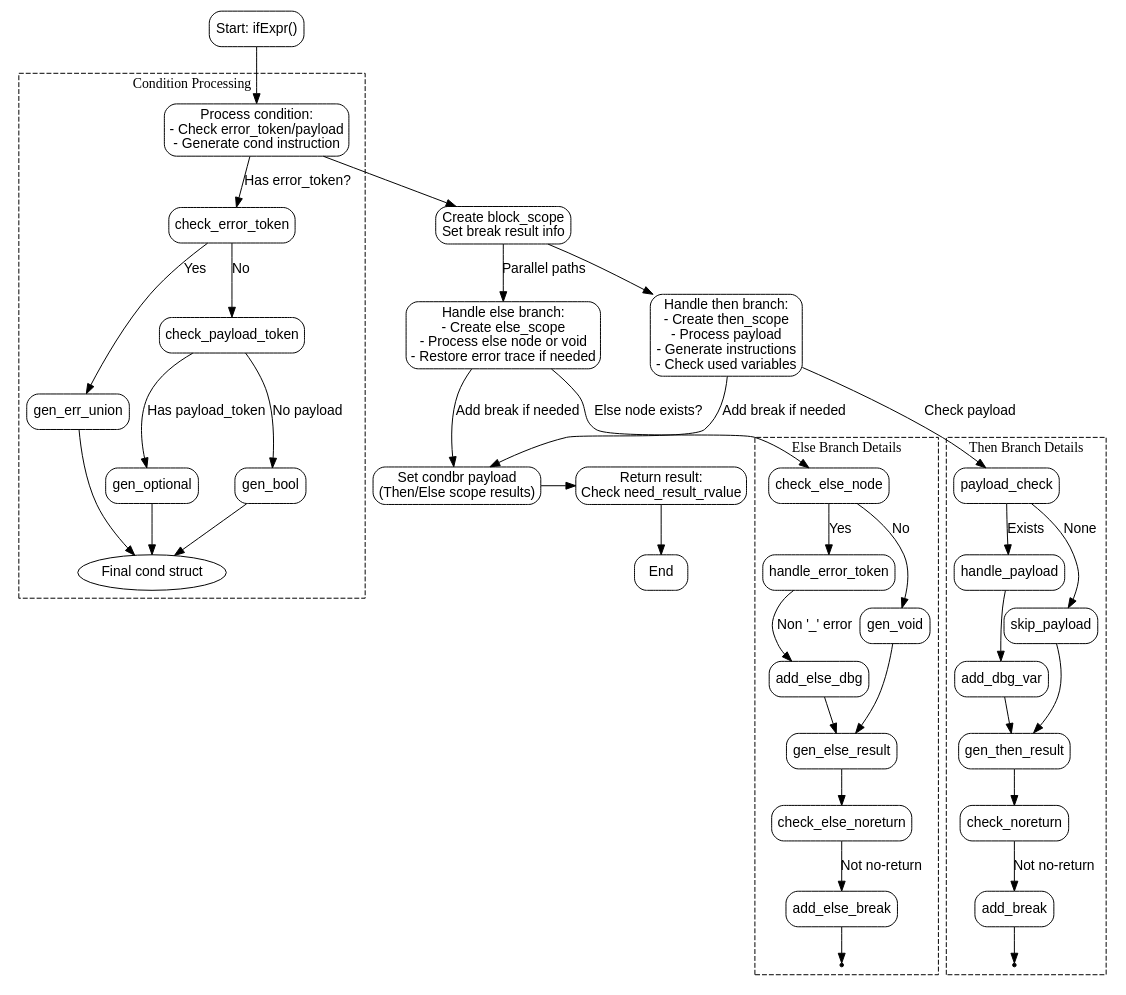
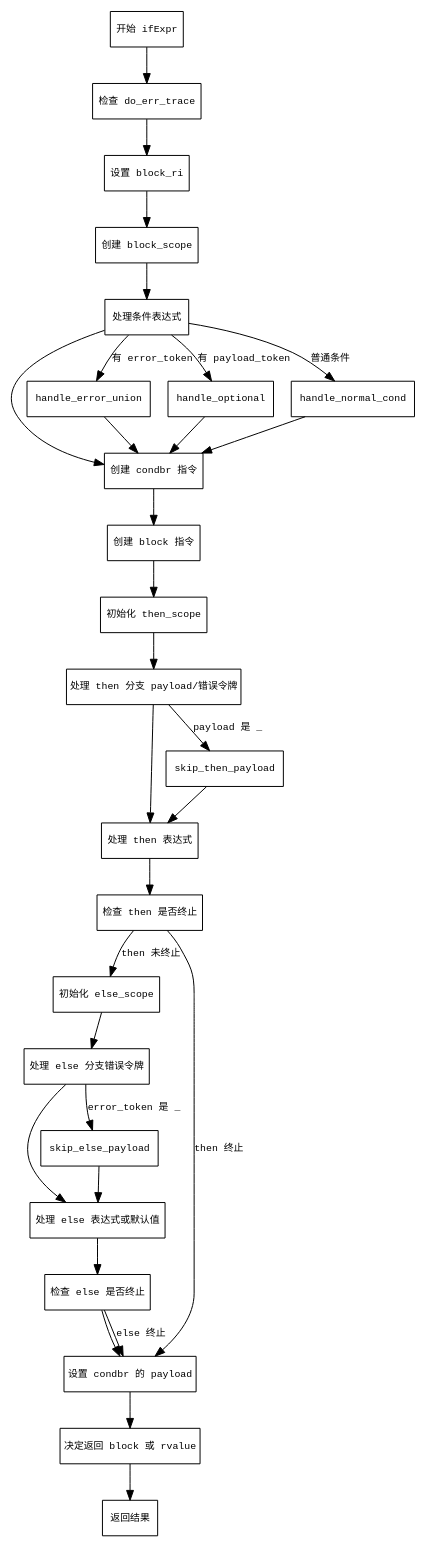
One commit to sdzx-1/deepseek-zig-reader changed the diagram in dot_std/zig/AstGen.zig.ifExpr.md. Above: the diagram before and after it, drawn with Graphviz. The commit also changed other lines of this file and 236 other files, not shown here.

````diff
--- a/dot_std/zig/AstGen.zig.ifExpr.md
+++ b/dot_std/zig/AstGen.zig.ifExpr.md
@@ -26,76 +19,67 @@
 ```dot
 digraph flowchart {
-    node [shape=rectangle, style="rounded", fontname="Arial"];
-    edge [fontname="Arial"];
-    rankdir=TB;
+    node [shape=rectangle, fontname="Courier", fontsize=10];
+    edge [fontname="Courier", fontsize=10];
 
-    start [label="Start: ifExpr()"];
-    process_cond [label="Process condition:\n- Check error_token/payload\n- Generate cond instruction"];
-    create_block [label="Create block_scope\nSet break result info"];
-    handle_then [label="Handle then branch:\n- Create then_scope\n- Process payload\n- Generate instructions\n- Check used variables"];
-    handle_else [label="Handle else branch:\n- Create else_scope\n- Process else node or void\n- Restore error trace if needed"];
-    set_condbr [label="Set condbr payload\n(Then/Else scope results)"];
-    return_result [label="Return result:\nCheck need_result_rvalue"];
-    end [label="End"];
+    start [label="开始 ifExpr"];
+    check_do_err_trace [label="检查 do_err_trace"];
+    setup_block_ri [label="设置 block_ri"];
+    create_block_scope [label="创建 block_scope"];
+    process_cond [label="处理条件表达式"];
+    create_condbr [label="创建 condbr 指令"];
+    create_block_inst [label="创建 block 指令"];
+    setup_then_scope [label="初始化 then_scope"];
+    handle_then_payload [label="处理 then 分支 payload/错误令牌"];
+    process_then_expr [label="处理 then 表达式"];
+    check_then_termination [label="检查 then 是否终止"];
+    setup_else_scope [label="初始化 else_scope"];
+    handle_else_payload [label="处理 else 分支错误令牌"];
+    process_else_expr [label="处理 else 表达式或默认值"];
+    check_else_termination [label="检查 else 是否终止"];
+    set_condbr_payload [label="设置 condbr 的 payload"];
+    decide_return [label="决定返回 block 或 rvalue"];
+    end [label="返回结果"];
 
-    start -> process_cond;
-    process_cond -> create_block;
-    create_block -> handle_then;
-    create_block -> handle_else [label="Parallel paths"];
-    handle_then -> set_condbr [label="Add break if needed"];
-    handle_else -> set_condbr [label="Add break if needed"];
-    set_condbr -> return_result;
-    return_result -> end;
+    start -> check_do_err_trace;
+    check_do_err_trace -> setup_block_ri;
+    setup_block_ri -> create_block_scope;
+    create_block_scope -> process_cond;
+    
+    process_cond -> create_condbr;
+    create_condbr -> create_block_inst;
+    create_block_inst -> setup_then_scope;
+    
+    setup_then_scope -> handle_then_payload;
+    handle_then_payload -> process_then_expr;
+    process_then_expr -> check_then_termination;
+    check_then_termination -> setup_else_scope [label="then 未终止"];
+    
+    setup_else_scope -> handle_else_payload;
+    handle_else_payload -> process_else_expr;
+    process_else_expr -> check_else_termination;
+    check_else_termination -> set_condbr_payload;
+    
+    set_condbr_payload -> decide_return;
+    decide_return -> end;
 
-    // Sub-clusters for detailed steps
-    subgraph cluster_cond {
-        label="Condition Processing";
-        style=dashed;
-        process_cond -> check_error_token [label="Has error_token?"];
-        check_error_token -> gen_err_union [label="Yes"];
-        check_error_token -> check_payload_token [label="No"];
-        gen_err_union -> final_cond;
+    // 条件分支路径
+    process_cond -> handle_error_union [label="有 error_token"];
+    process_cond -> handle_optional [label="有 payload_token"];
+    process_cond -> handle_normal_cond [label="普通条件"];
+    
+    handle_error_union -> create_condbr;
+    handle_optional -> create_condbr;
+    handle_normal_cond -> create_condbr;
 
-        check_payload_token -> gen_optional [label="Has payload_token"];
-        check_payload_token -> gen_bool [label="No payload"];
-        gen_optional -> final_cond;
-        gen_bool -> final_cond;
+    // then/else 分支细节
+    handle_then_payload -> skip_then_payload [label="payload 是 _"];
+    skip_then_payload -> process_then_expr;
 
-        final_cond [label="Final cond struct", shape=ellipse];
-    }
+    handle_else_payload -> skip_else_payload [label="error_token 是 _"];
+    skip_else_payload -> process_else_expr;
 
-    subgraph cluster_then {
-        label="Then Branch Details";
-        style=dashed;
-        handle_then -> payload_check [label="Check payload"];
-        payload_check -> handle_payload [label="Exists"];
-        payload_check -> skip_payload [label="None"];
-        handle_payload -> add_dbg_var;
-        skip_payload -> gen_then_result;
-        add_dbg_var -> gen_then_result;
-        gen_then_result -> check_noreturn;
-        check_noreturn -> add_break [label="Not no-return"];
-        add_break -> end_then;
-        end_then [shape=point];
-    }
-
-    subgraph cluster_else {
-        label="Else Branch Details";
-        style=dashed;
-        handle_else -> check_else_node [label="Else node exists?"];
-        check_else_node -> handle_error_token [label="Yes"];
-        check_else_node -> gen_void [label="No"];
-        handle_error_token -> add_else_dbg [label="Non '_' error"];
-        add_else_dbg -> gen_else_result;
-        gen_void -> gen_else_result;
-        gen_else_result -> check_else_noreturn;
-        check_else_noreturn -> add_else_break [label="Not no-return"];
-        add_else_break -> end_else;
-        end_else [shape=point];
-    }
-
-    // Hidden edges to enforce ordering
-    {rank=same; handle_then; handle_else}
-    {rank=same; set_condbr; return_result}
+    // 异常路径（简化为普通流程）
+    check_then_termination -> set_condbr_payload [label="then 终止"];
+    check_else_termination -> set_condbr_payload [label="else 终止"];
 }
 ```
````
